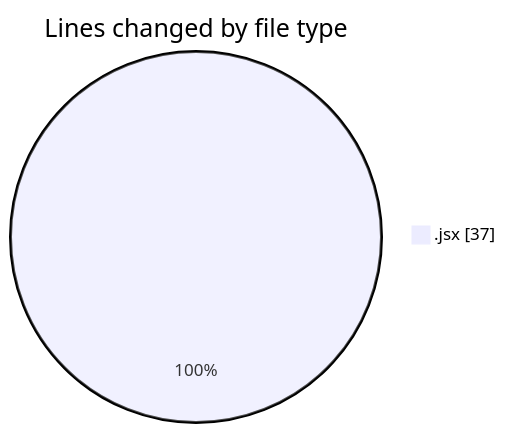
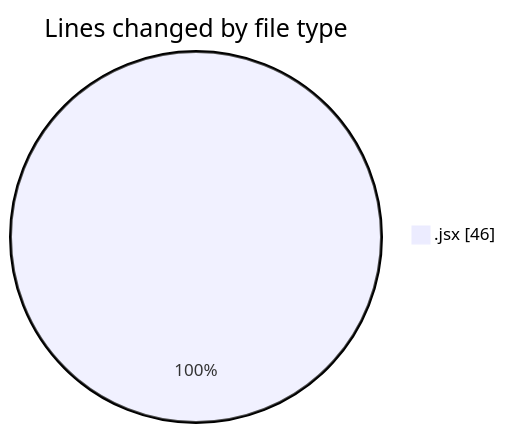
Before and after one commit to Elitesun/code-tracking: the first of 2 diagrams in 2025-01-30/react/README.md, drawn with Mermaid. The commit also changed other lines of this file and 1 other file, not shown here.

````diff
--- a/2025-01-30/react/README.md
+++ b/2025-01-30/react/README.md
@@ -21,5 +21,5 @@
 ```mermaid
 pie showData
 title Lines changed by file type
-".jsx" : 37
+".jsx" : 46
 ```
````
